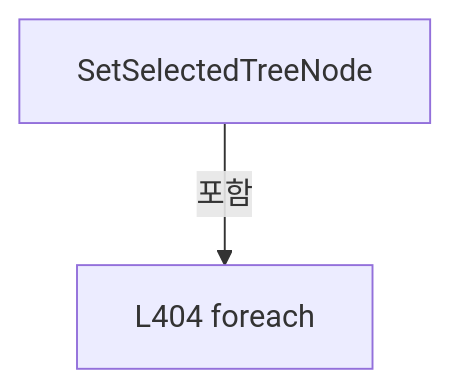
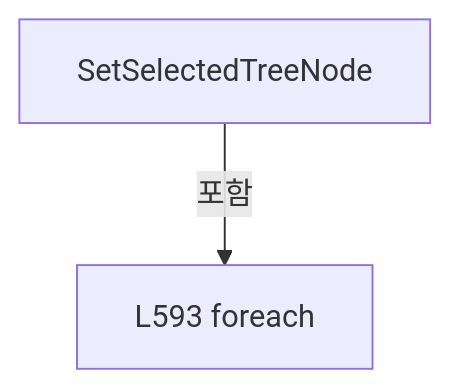
Before and after one commit to kjuws10-rgb/Shared: diagram 12 of 14 in A3 LD Code Ref/files/Drilling.UI/Menu/Menus/CMenuCorrection.ReviewData.cs.md, drawn with Mermaid. The commit also changed other lines of this file and 2071 other files, not shown here.

Commit message:
docs(a3): update 11.19.0 architecture and code reference

````diff
--- a/A3 LD Code Ref/files/Drilling.UI/Menu/Menus/CMenuCorrection.ReviewData.cs.md
+++ b/A3 LD Code Ref/files/Drilling.UI/Menu/Menus/CMenuCorrection.ReviewData.cs.md
@@ -2158,6 +2814,6 @@
 ```mermaid
 flowchart TD
  M["SetSelectedTreeNode"]
- N0["L404 foreach"]
+ N0["L593 foreach"]
  M -->|포함| N0
 ```
````
